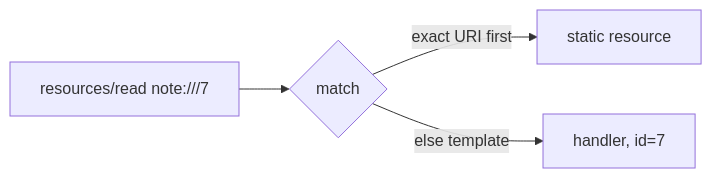
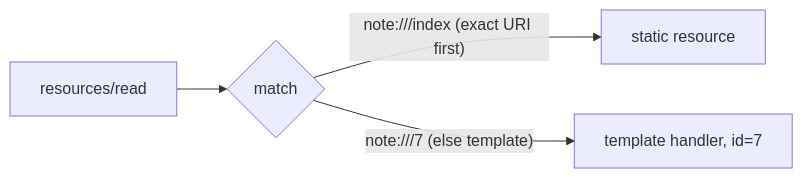
Diagram 15 of 19 in README.md (StevenCyb/GoMCP), drawn with Mermaid before and after one commit. The commit also changed other lines of this file and 20 other files, not shown here.

````diff
--- a/README.md
+++ b/README.md
@@ -586,6 +839,6 @@
 ```mermaid
 flowchart LR
-    RD["resources/read note:///7"] --> M{match}
-    M -->|exact URI first| S["static resource"]
-    M -->|else template| H["handler, id=7"]
+    RD["resources/read"] --> M{match}
+    M -->|"note:///index (exact URI first)"| S["static resource"]
+    M -->|"note:///7 (else template)"| H["template handler, id=7"]
 ```
````
